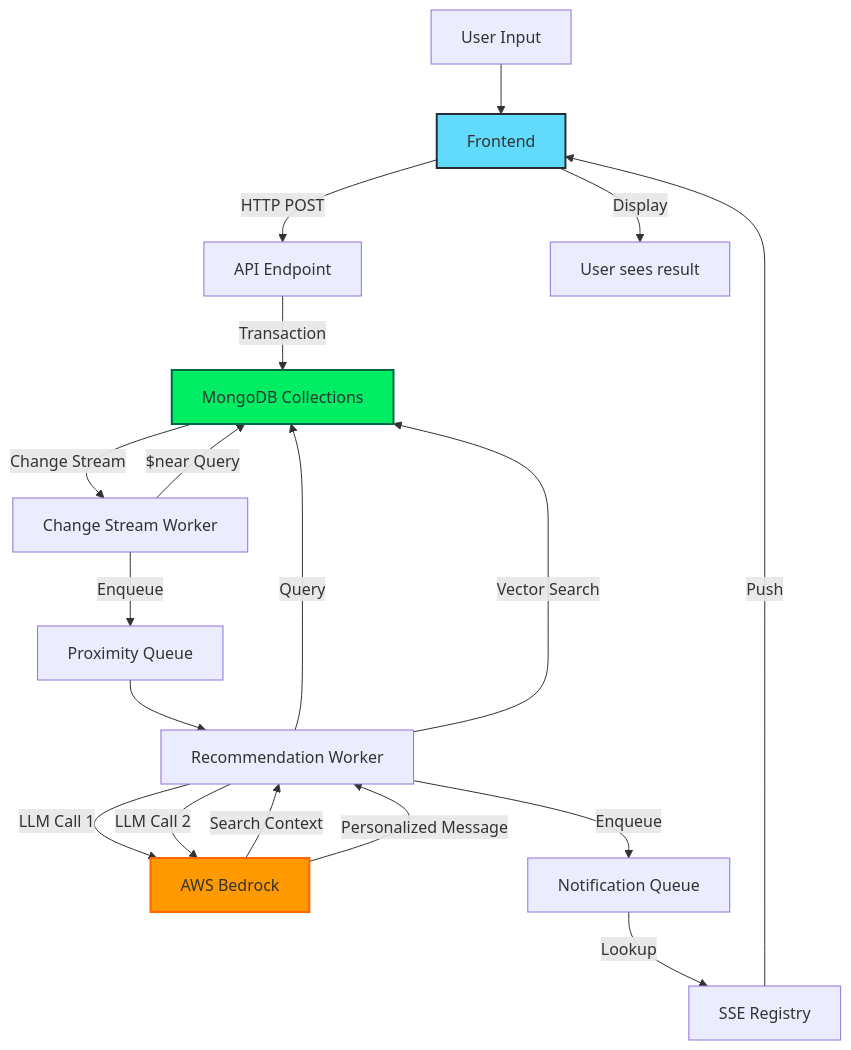
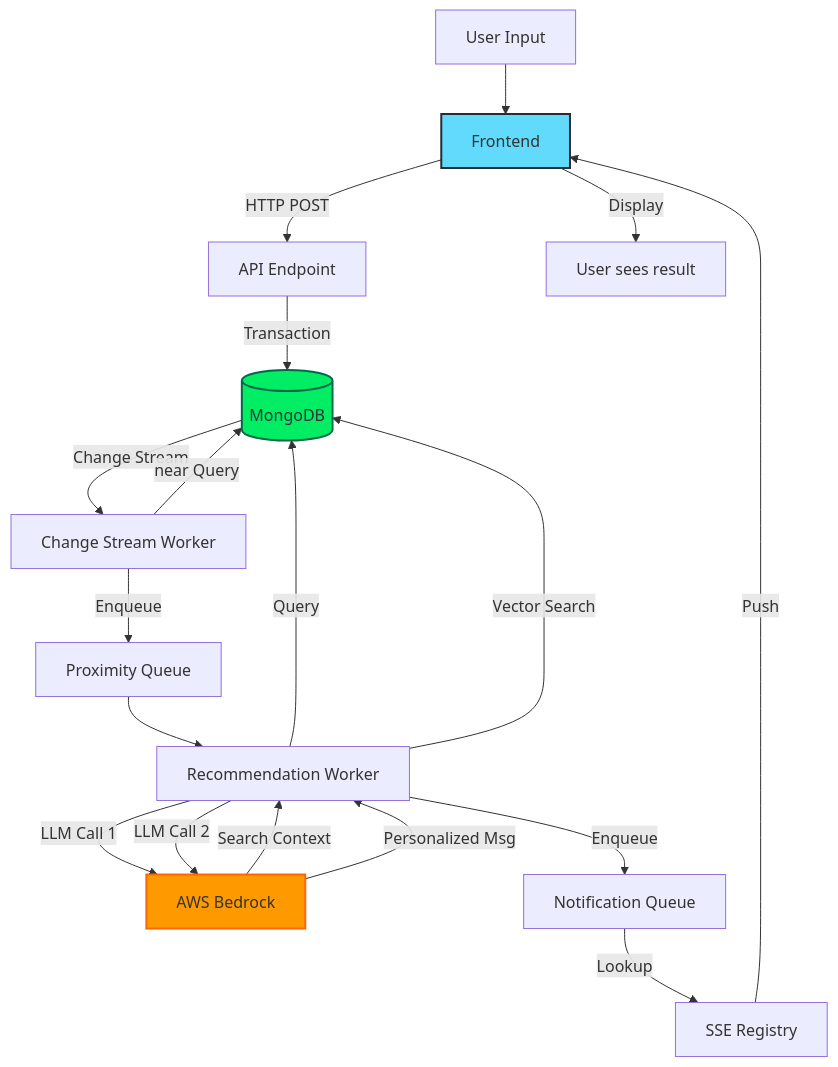
One commit to ramonfnasc12/mms-personalized-demo changed the second of 10 diagrams in FLOW.md. Above: the diagram before and after it, drawn with Mermaid. The commit also changed other lines of this file and 1 other file, not shown here.

First line of the commit message:
Add production architecture documentation

````diff
--- a/FLOW.md
+++ b/FLOW.md
@@ -149,24 +149,24 @@
 ```mermaid
 graph TB
     A[User Input] --> B[Frontend]
     B -->|HTTP POST| C[API Endpoint]
-    C -->|Transaction| D[MongoDB Collections]
+    C -->|Transaction| D[(MongoDB)]
     D -->|Change Stream| E[Change Stream Worker]
-    E -->|$near Query| D
+    E -->|near Query| D
     E -->|Enqueue| F[Proximity Queue]
     F --> G[Recommendation Worker]
     G -->|Query| D
     G -->|LLM Call 1| H[AWS Bedrock]
     H -->|Search Context| G
     G -->|Vector Search| D
     G -->|LLM Call 2| H
-    H -->|Personalized Message| G
+    H -->|Personalized Msg| G
     G -->|Enqueue| I[Notification Queue]
     I -->|Lookup| J[SSE Registry]
     J -->|Push| B
     B -->|Display| K[User sees result]
-    
+
     style H fill:#ff9900,stroke:#ff6600,stroke-width:2px
     style D fill:#00ed64,stroke:#00684a,stroke-width:2px
     style B fill:#61dafb,stroke:#282c34,stroke-width:2px
 ```
````
